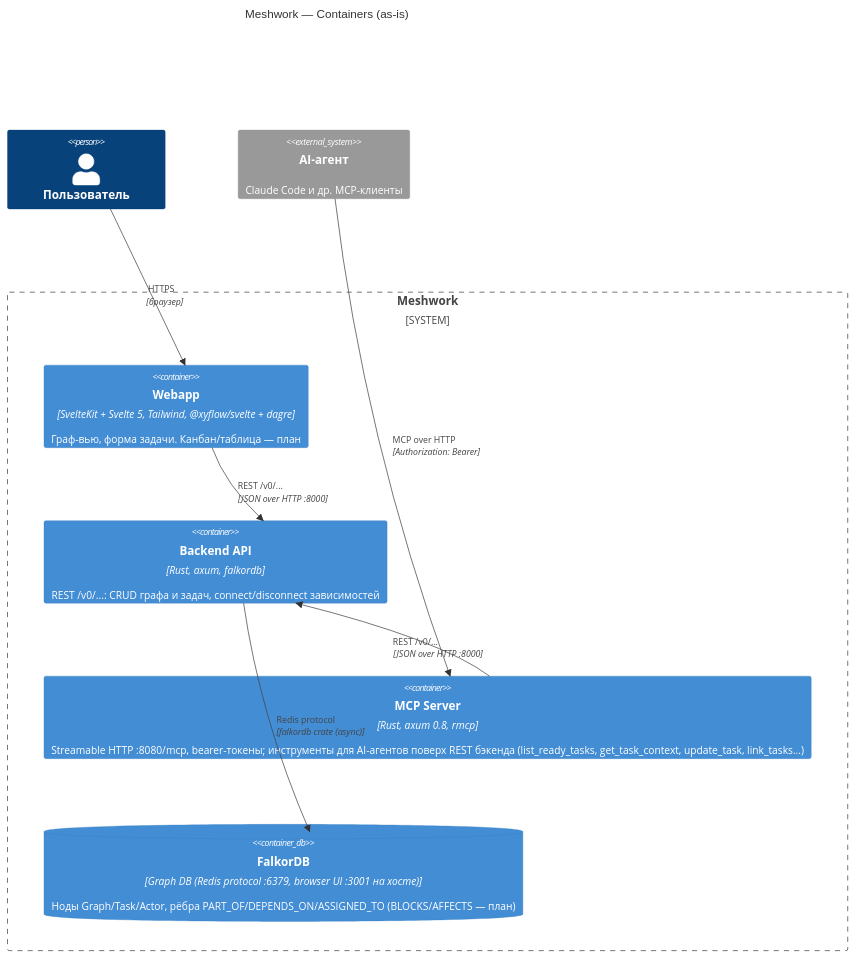
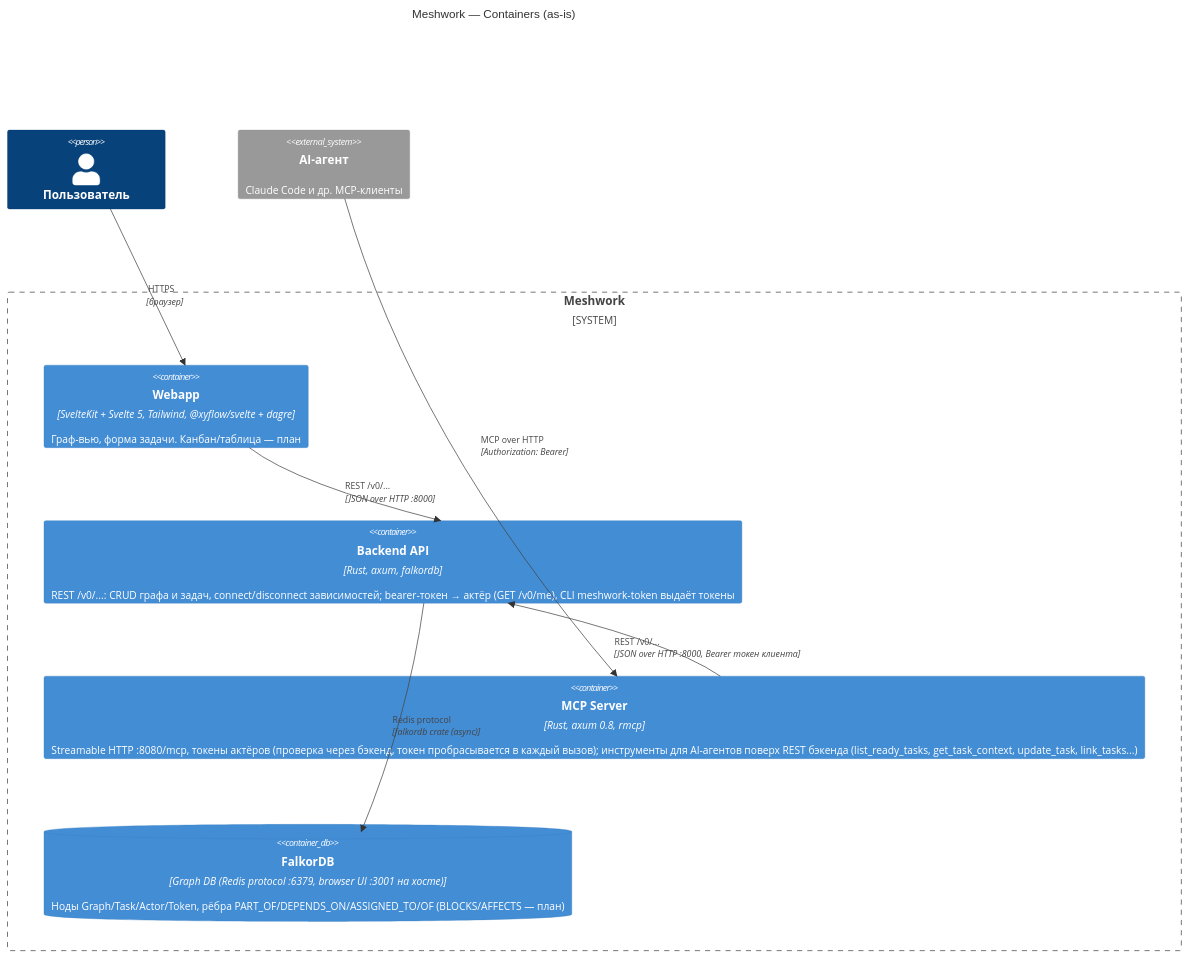
The second of 3 diagrams in docs/architecture.md (NotBioWaste905/Meshwork), drawn with Mermaid before and after one commit. The commit also changed 21 other files, not shown here.

First line of the commit message:
Add actor bearer tokens for the API and MCP

````diff
--- a/docs/architecture.md
+++ b/docs/architecture.md
@@ -32,20 +32,20 @@
 ```mermaid
 C4Container
     title Meshwork — Containers (as-is)
 
     Person(user, "Пользователь")
     System_Ext(agent, "AI-агент", "Claude Code и др. MCP-клиенты")
 
     System_Boundary(meshwork, "Meshwork") {
         Container(frontend, "Webapp", "SvelteKit + Svelte 5, Tailwind, @xyflow/svelte + dagre", "Граф-вью, форма задачи. Канбан/таблица — план")
-        Container(backend, "Backend API", "Rust, axum, falkordb", "REST /v0/...: CRUD графа и задач, connect/disconnect зависимостей")
-        Container(mcp, "MCP Server", "Rust, axum 0.8, rmcp", "Streamable HTTP :8080/mcp, bearer-токены; инструменты для AI-агентов поверх REST бэкенда (list_ready_tasks, get_task_context, update_task, link_tasks...)")
-        ContainerDb(db, "FalkorDB", "Graph DB (Redis protocol :6379, browser UI :3001 на хосте)", "Ноды Graph/Task/Actor, рёбра PART_OF/DEPENDS_ON/ASSIGNED_TO (BLOCKS/AFFECTS — план)")
+        Container(backend, "Backend API", "Rust, axum, falkordb", "REST /v0/...: CRUD графа и задач, connect/disconnect зависимостей; bearer-токен → актёр (GET /v0/me), CLI meshwork-token выдаёт токены")
+        Container(mcp, "MCP Server", "Rust, axum 0.8, rmcp", "Streamable HTTP :8080/mcp, токены актёров (проверка через бэкенд, токен пробрасывается в каждый вызов); инструменты для AI-агентов поверх REST бэкенда (list_ready_tasks, get_task_context, update_task, link_tasks...)")
+        ContainerDb(db, "FalkorDB", "Graph DB (Redis protocol :6379, browser UI :3001 на хосте)", "Ноды Graph/Task/Actor/Token, рёбра PART_OF/DEPENDS_ON/ASSIGNED_TO/OF (BLOCKS/AFFECTS — план)")
     }
 
     Rel(user, frontend, "HTTPS", "браузер")
     Rel(frontend, backend, "REST /v0/...", "JSON over HTTP :8000")
     Rel(backend, db, "Redis protocol", "falkordb crate (async)")
     Rel(agent, mcp, "MCP over HTTP", "Authorization: Bearer")
-    Rel(mcp, backend, "REST /v0/...", "JSON over HTTP :8000")
+    Rel(mcp, backend, "REST /v0/...", "JSON over HTTP :8000, Bearer токен клиента")
 ```
````
